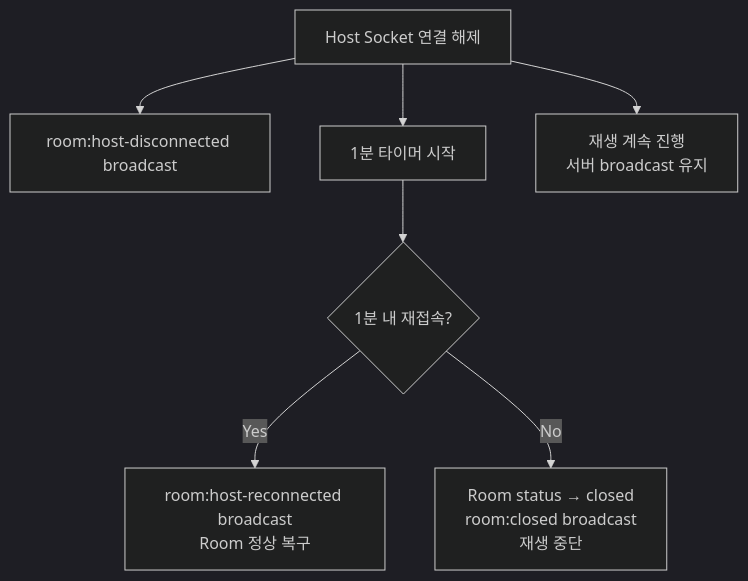
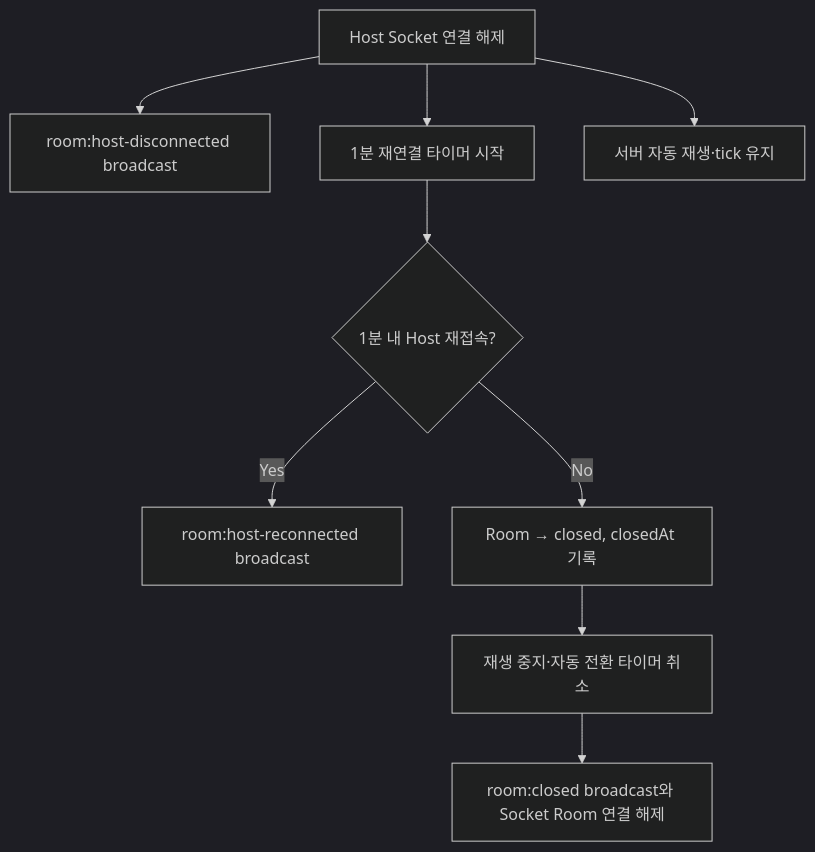
Before and after one commit to TechUP-SYFITY/SYFITY: the fourth of 5 diagrams in docs/03-realtime-sync-design.md, drawn with Mermaid (dark theme). The commit also changed other lines of this file and 11 other files, not shown here.

````diff
--- a/docs/03-realtime-sync-design.md
+++ b/docs/03-realtime-sync-design.md
@@ -265,10 +238,11 @@
 ```mermaid
 flowchart TD
-    A[Host Socket 연결 해제]
-    A --> B[room:host-disconnected broadcast]
-    A --> C[1분 타이머 시작]
-    A --> D[재생 계속 진행<br>서버 broadcast 유지]
-    C --> E{1분 내 재접속?}
-    E -->|Yes| F[room:host-reconnected broadcast<br>Room 정상 복구]
-    E -->|No| G[Room status → closed<br>room:closed broadcast<br>재생 중단]
+    A[Host Socket 연결 해제] --> B[room:host-disconnected broadcast]
+    A --> C[1분 재연결 타이머 시작]
+    A --> D[서버 자동 재생·tick 유지]
+    C --> E{1분 내 Host 재접속?}
+    E -->|Yes| F[room:host-reconnected broadcast]
+    E -->|No| G[Room → closed, closedAt 기록]
+    G --> H[재생 중지·자동 전환 타이머 취소]
+    H --> I[room:closed broadcast와 Socket Room 연결 해제]
 ```
````
